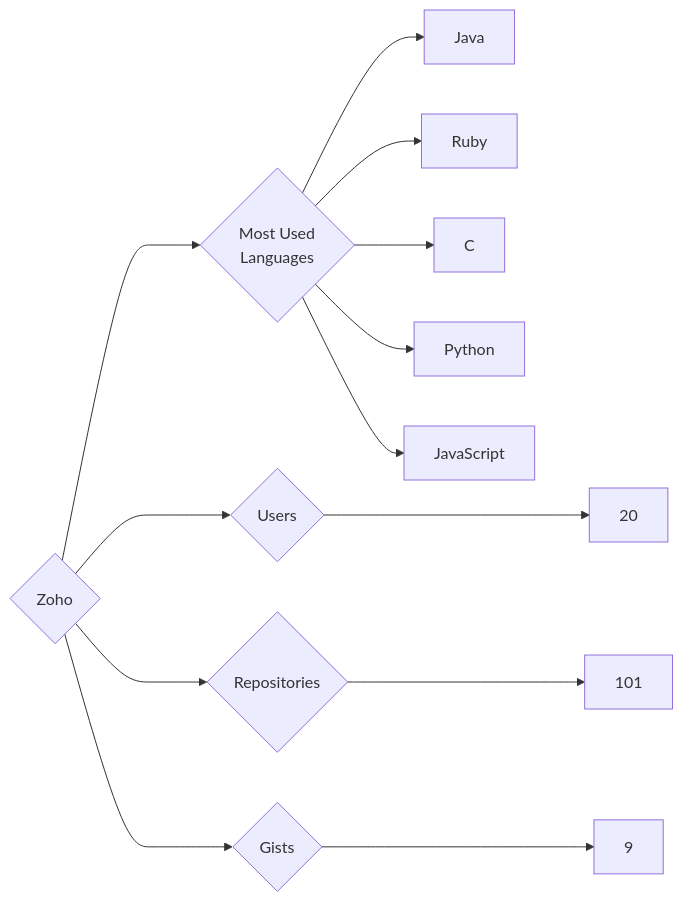
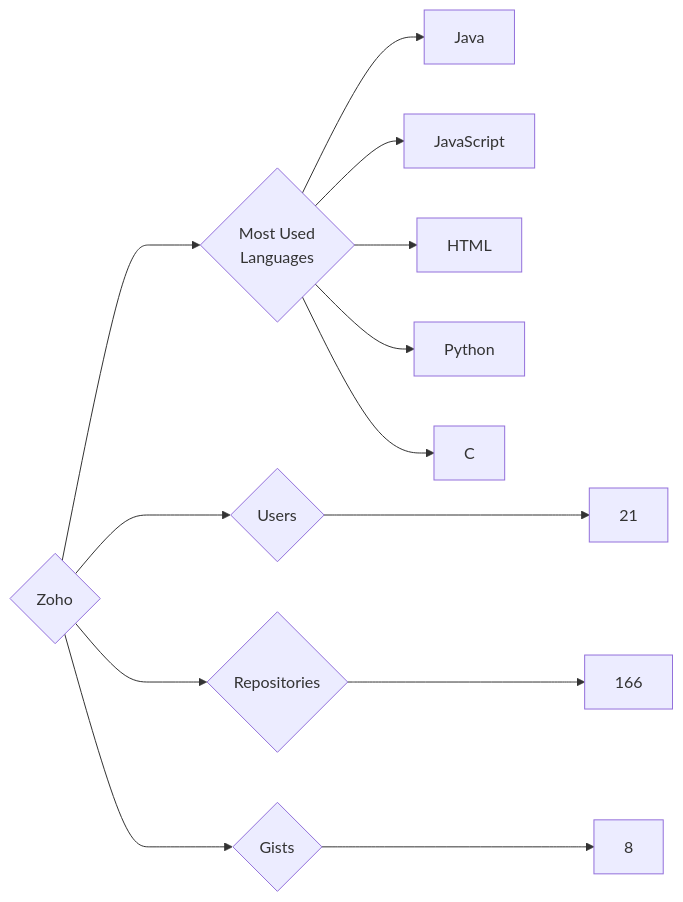
One commit to trickest/insiders changed the diagram in targets/Zoho/README.md. Above: the diagram before and after it, drawn with Mermaid. The commit also changed 953 other files, not shown here.

````diff
--- a/targets/Zoho/README.md
+++ b/targets/Zoho/README.md
@@ -3,13 +3,13 @@
 ```mermaid
 graph LR
 COMPANY_NAME{Zoho}
-COMPANY_NAME ---> U{Users} ---> UN[20]
-COMPANY_NAME ---> R{Repositories} ---> RN[101]
-COMPANY_NAME ---> G{Gists} ---> GN[9]
+COMPANY_NAME ---> U{Users} ---> UN[21]
+COMPANY_NAME ---> R{Repositories} ---> RN[166]
+COMPANY_NAME ---> G{Gists} ---> GN[8]
 COMPANY_NAME ---> ML{Most Used<br>Languages}
 ML --> Java[Java]
-ML --> Ruby[Ruby]
+ML --> JavaScript[JavaScript]
+ML --> HTML[HTML]
+ML --> Python[Python]
 ML --> C[C]
-ML --> Python[Python]
-ML --> JavaScript[JavaScript]
 ```
````
